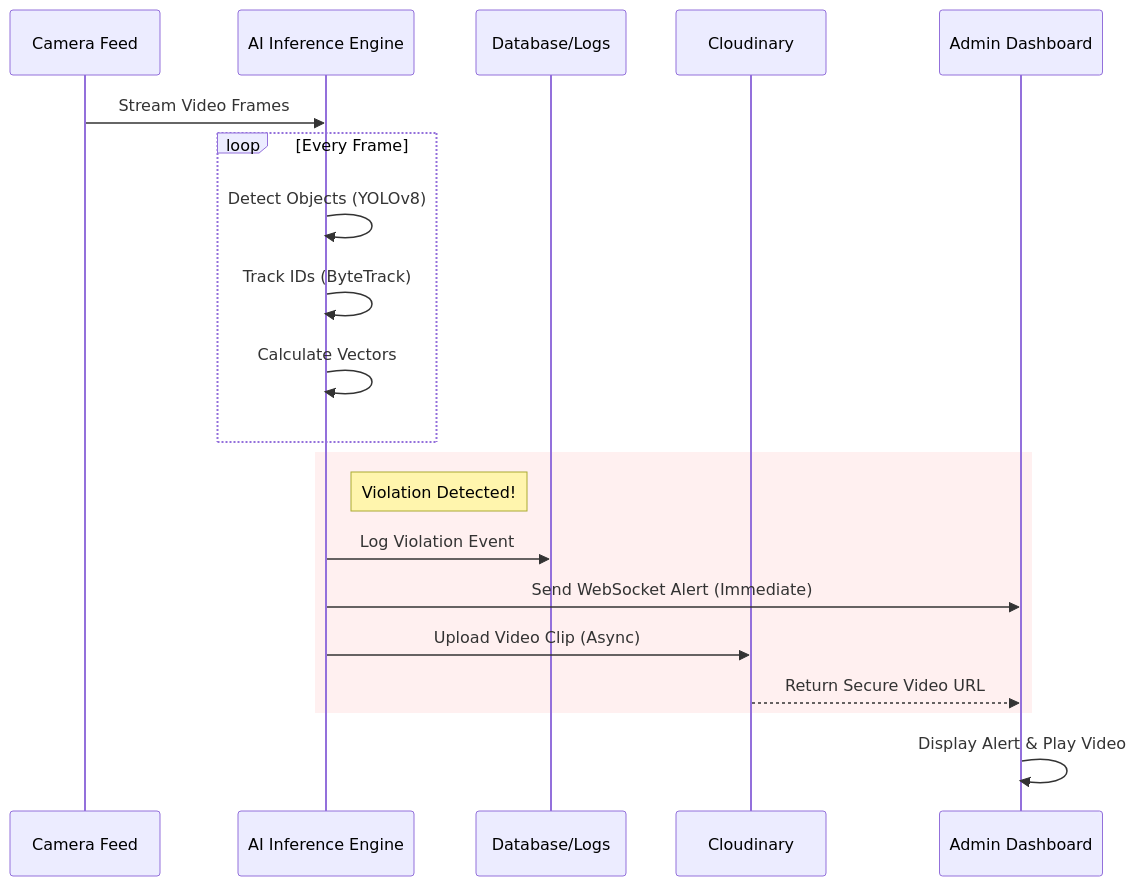
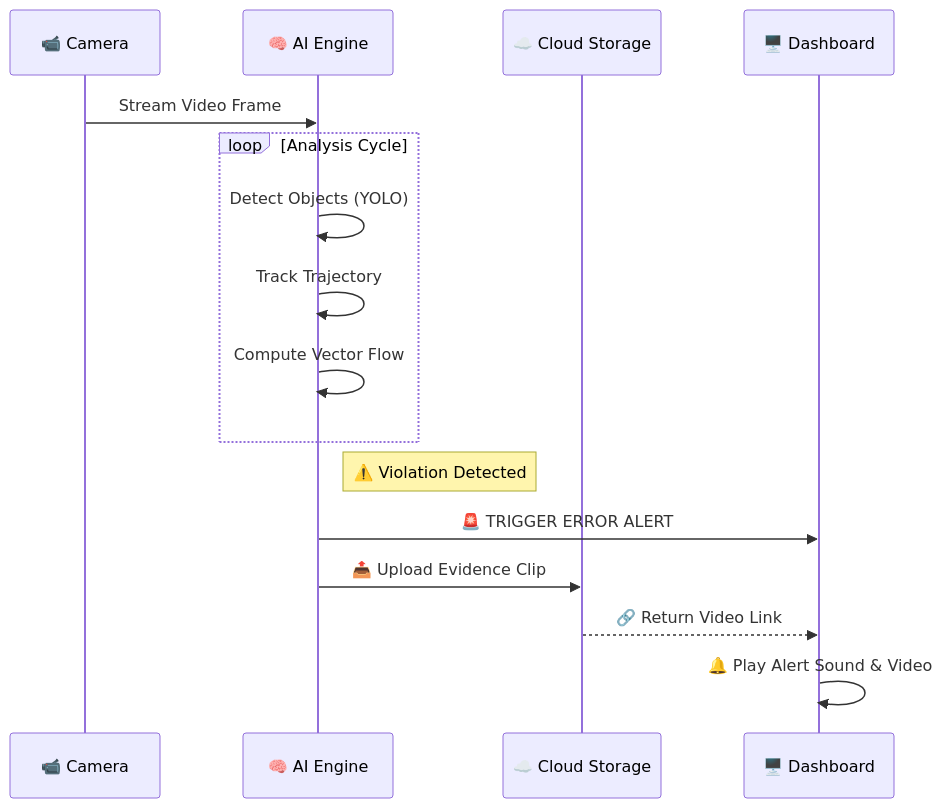
One commit to NituPawar/Project-Phase-I2025-26 changed the second of 2 diagrams in Wrong_Way_Vehicle_Detection_Project/README.md. Above: the diagram before and after it, drawn with Mermaid. The commit also changed other lines of this file, not shown here.

````diff
--- a/Wrong_Way_Vehicle_Detection_Project/README.md
+++ b/Wrong_Way_Vehicle_Detection_Project/README.md
@@ -189,25 +86,22 @@
 ```mermaid
 sequenceDiagram
-    participant Cam as Camera Feed
-    participant Engine as AI Inference Engine
-    participant DB as Database/Logs
-    participant Cloud as Cloudinary
-    participant UI as Admin Dashboard
+    participant Cam as 📹 Camera
+    participant AI as 🧠 AI Engine
+    participant Cloud as ☁️ Cloud Storage
+    participant UI as 🖥️ Dashboard
 
-    Cam->>Engine: Stream Video Frames
-    loop Every Frame
-        Engine->>Engine: Detect Objects (YOLOv8)
-        Engine->>Engine: Track IDs (ByteTrack)
-        Engine->>Engine: Calculate Vectors
+    Cam->>AI: Stream Video Frame
+    loop Analysis Cycle
+        AI->>AI: Detect Objects (YOLO)
+        AI->>AI: Track Trajectory
+        AI->>AI: Compute Vector Flow
     end
     
-    rect rgb(255, 240, 240)
-        note right of Engine: Violation Detected!
-        Engine->>DB: Log Violation Event
-        Engine->>UI: Send WebSocket Alert (Immediate)
-        Engine->>Cloud: Upload Video Clip (Async)
-        Cloud-->>UI: Return Secure Video URL
-    end
+    note right of AI: ⚠️ Violation Detected
     
-    UI->>UI: Display Alert & Play Video
+    AI->>UI: 🚨 TRIGGER ERROR ALERT
+    AI->>Cloud: 📤 Upload Evidence Clip
+    Cloud-->>UI: 🔗 Return Video Link
+    
+    UI->>UI: 🔔 Play Alert Sound & Video
 ```
````
